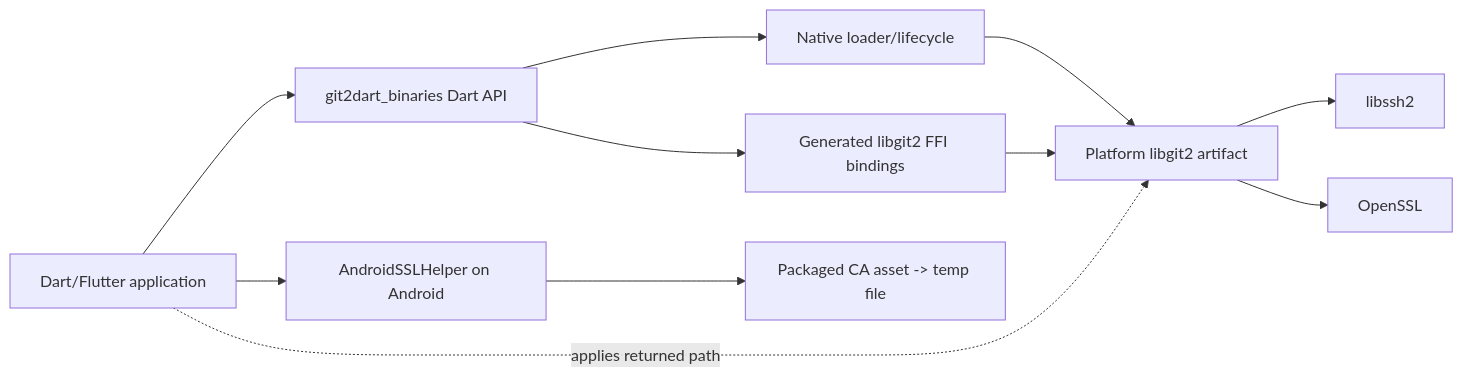
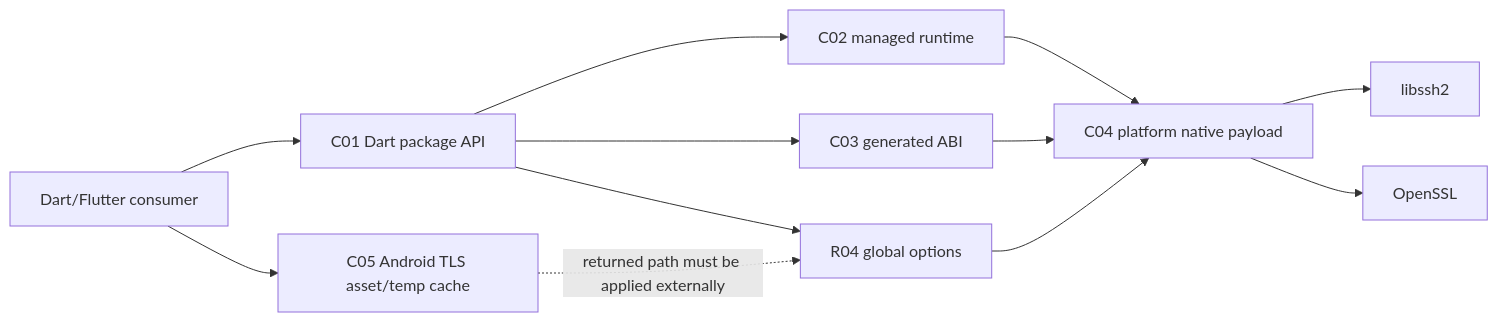
The first of 2 diagrams in .reversa/_reversa_sdd/architecture.md (DartGit-dev/git2dart_binaries), drawn with Mermaid before and after one commit. The commit also changed other lines of this file and 250 other files, not shown here.

````diff
--- a/.reversa/_reversa_sdd/architecture.md
+++ b/.reversa/_reversa_sdd/architecture.md
@@ -103,13 +115,14 @@
 ```mermaid
 flowchart LR
-  App["Dart/Flutter application"] --> API["git2dart_binaries Dart API"]
-  API --> Bindings["Generated libgit2 FFI bindings"]
-  API --> Loader["Native loader/lifecycle"]
-  Loader --> Native["Platform libgit2 artifact"]
-  Bindings --> Native
-  Native --> SSH["libssh2"]
-  Native --> TLS["OpenSSL"]
-  App --> AndroidTLS["AndroidSSLHelper on Android"]
-  AndroidTLS --> Asset["Packaged CA asset -> temp file"]
-  App -. "applies returned path" .-> Native
+  Consumer["Dart/Flutter consumer"] --> API["C01 Dart package API"]
+  API --> Runtime["C02 managed runtime"]
+  API --> ABI["C03 generated ABI"]
+  API --> Options["R04 global options"]
+  Runtime --> Payload["C04 platform native payload"]
+  ABI --> Payload
+  Options --> Payload
+  Payload --> SSH["libssh2"]
+  Payload --> TLS["OpenSSL"]
+  Consumer --> AndroidTLS["C05 Android TLS asset/temp cache"]
+  AndroidTLS -. "returned path must be applied externally" .-> Options
 ```
````
